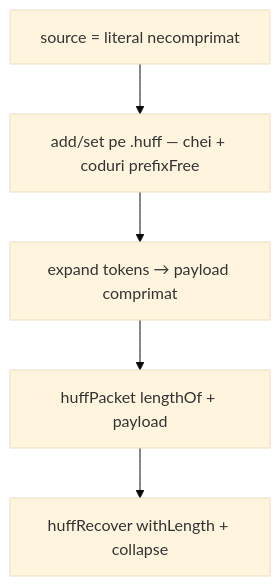
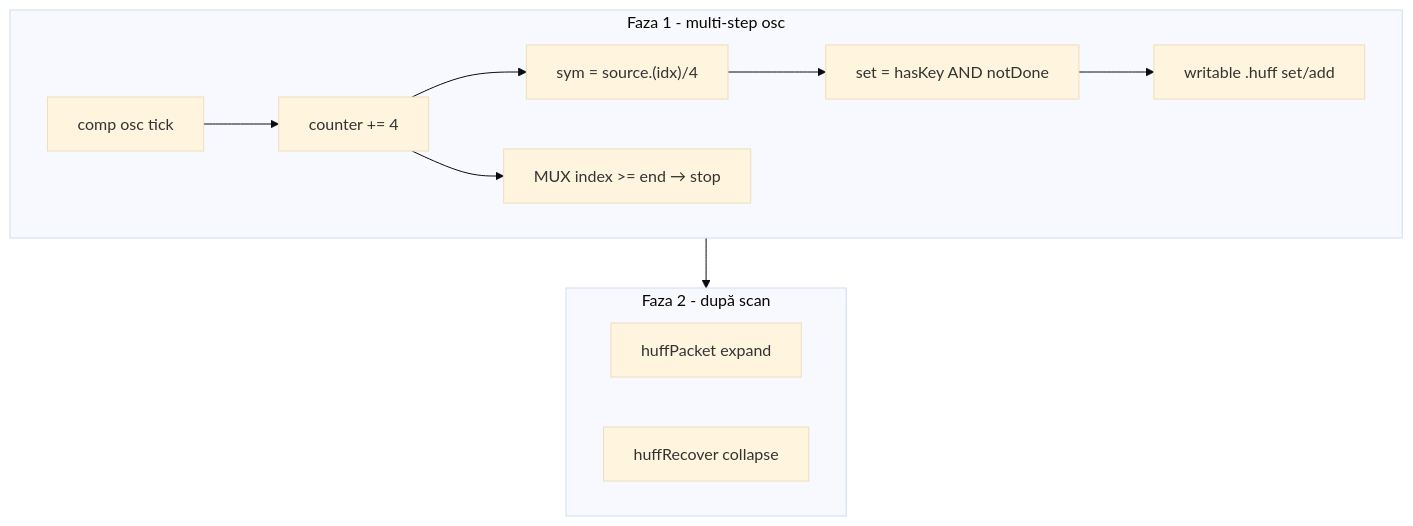
Before and after one commit to epsislow/logic-algebra-js: the third of 3 diagrams in library/logTscript/.cursor/plans/huffman_wave_demo.plan.md, drawn with Mermaid (base theme). The commit also changed other lines of this file and 1 other file, not shown here.

````diff
--- a/library/logTscript/.cursor/plans/huffman_wave_demo.plan.md
+++ b/library/logTscript/.cursor/plans/huffman_wave_demo.plan.md
@@ -71,12 +182,18 @@
 ```mermaid
 flowchart TD
-  S["source = literal necomprimat"]
-  A["add/set pe .huff — chei + coduri prefixFree"]
-  E["expand tokens → payload comprimat"]
-  P["huffPacket lengthOf + payload"]
-  R["huffRecover withLength + collapse"]
-  S --> A
-  A --> E
-  E --> P
-  P --> R
+  subgraph scan [Faza 1 - multi-step osc]
+    Osc["comp osc tick"]
+    Cnt["counter += 4"]
+    Slice["sym = source.(idx)/4"]
+    Gate["set = hasKey AND notDone"]
+    Lut["writable .huff set/add"]
+    Mux["MUX index >= end → stop"]
+    Osc --> Cnt --> Slice --> Gate --> Lut
+    Cnt --> Mux
+  end
+  subgraph enc [Faza 2 - după scan]
+    Packet["huffPacket expand"]
+    Recover["huffRecover collapse"]
+  end
+  scan --> enc
 ```
````
